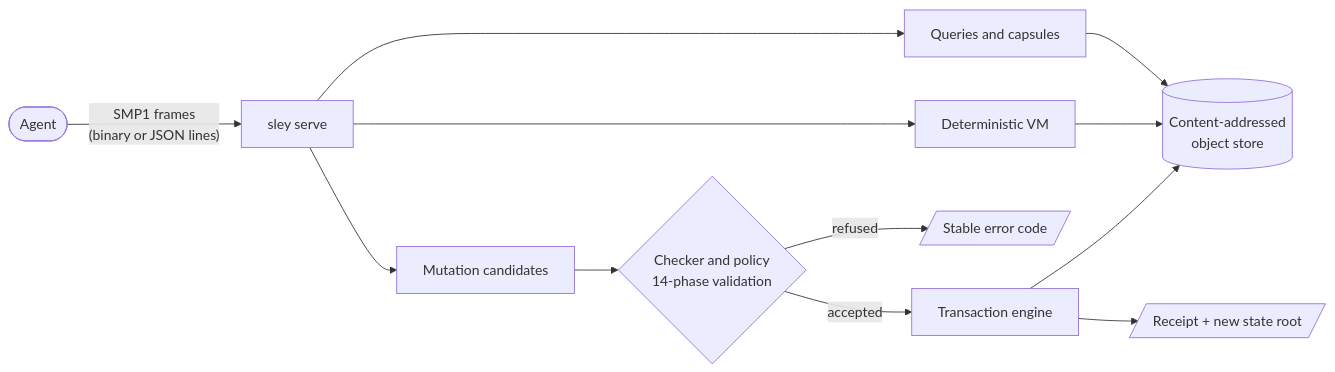
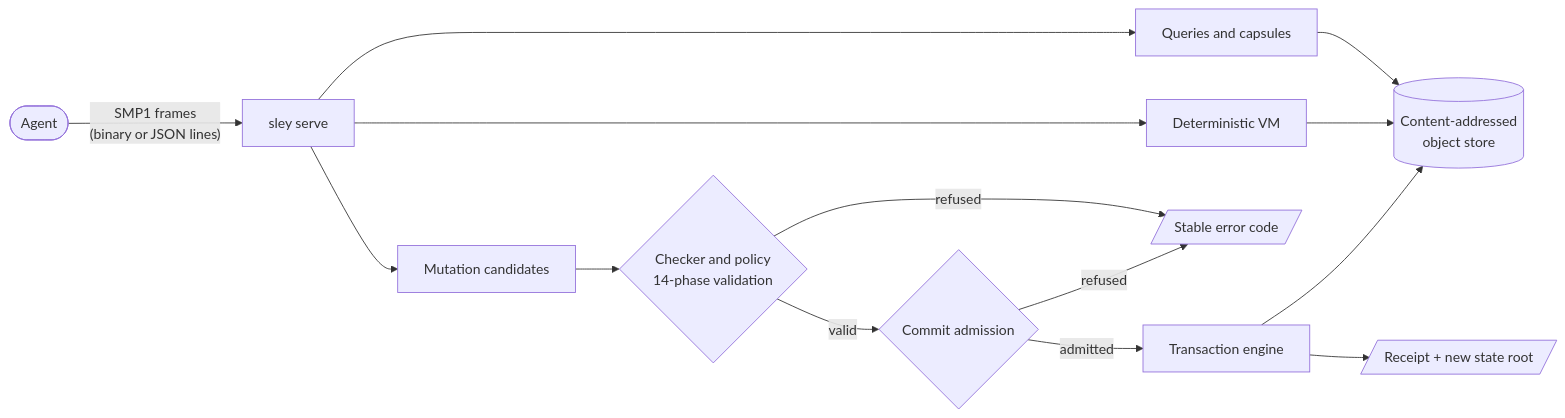
One commit to sley-lang/sley changed the diagram in README.md. Above: the diagram before and after it, drawn with Mermaid. The commit also changed other lines of this file and 3 other files, not shown here.

````diff
--- a/README.md
+++ b/README.md
@@ -147,14 +150,16 @@
 ```mermaid
 flowchart LR
     A([Agent]) -- "SMP1 frames<br/>(binary or JSON lines)" --> P[sley serve]
     P --> Q[Queries and capsules]
     P --> M[Mutation candidates]
     M --> C{Checker and policy<br/>14-phase validation}
-    C -- accepted --> T[Transaction engine]
+    C -- valid --> G{Commit admission}
+    G -- admitted --> T[Transaction engine]
+    G -- refused --> R
     C -- refused --> R[/Stable error code/]
     T --> S[(Content-addressed<br/>object store)]
     T --> RC[/Receipt + new state root/]
     P --> V[Deterministic VM]
     V --> S
     Q --> S
 ```
````
